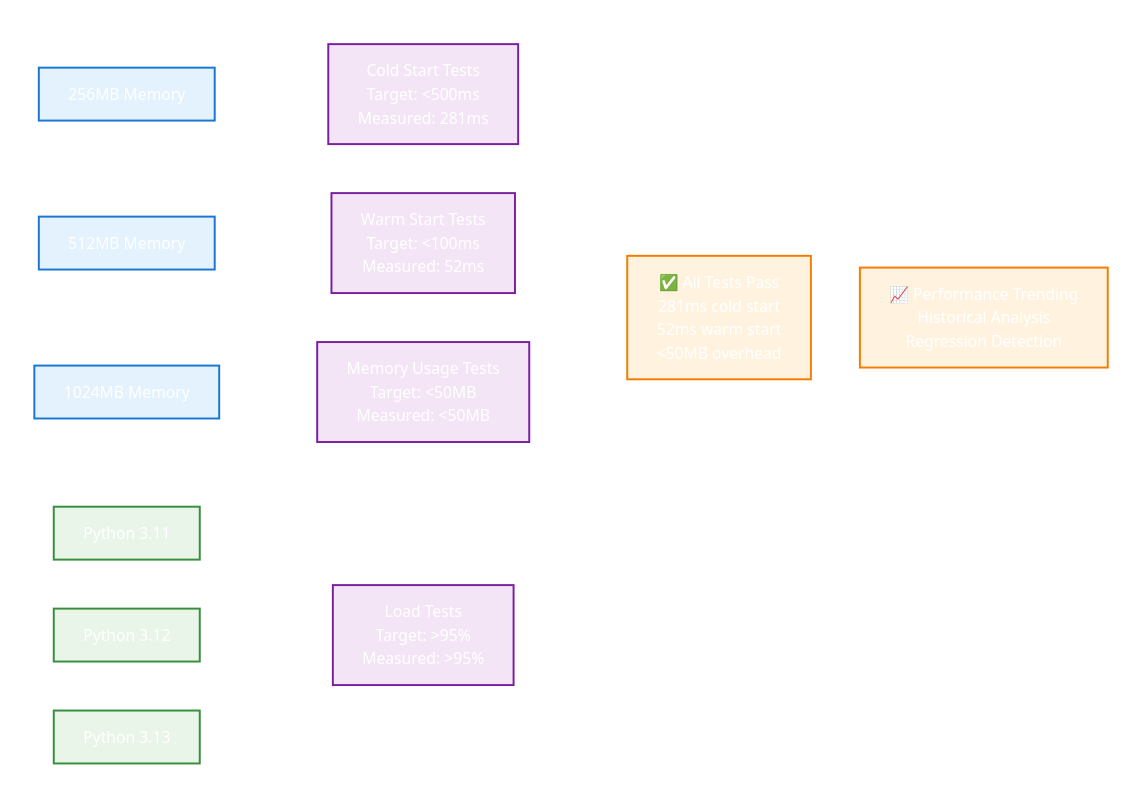
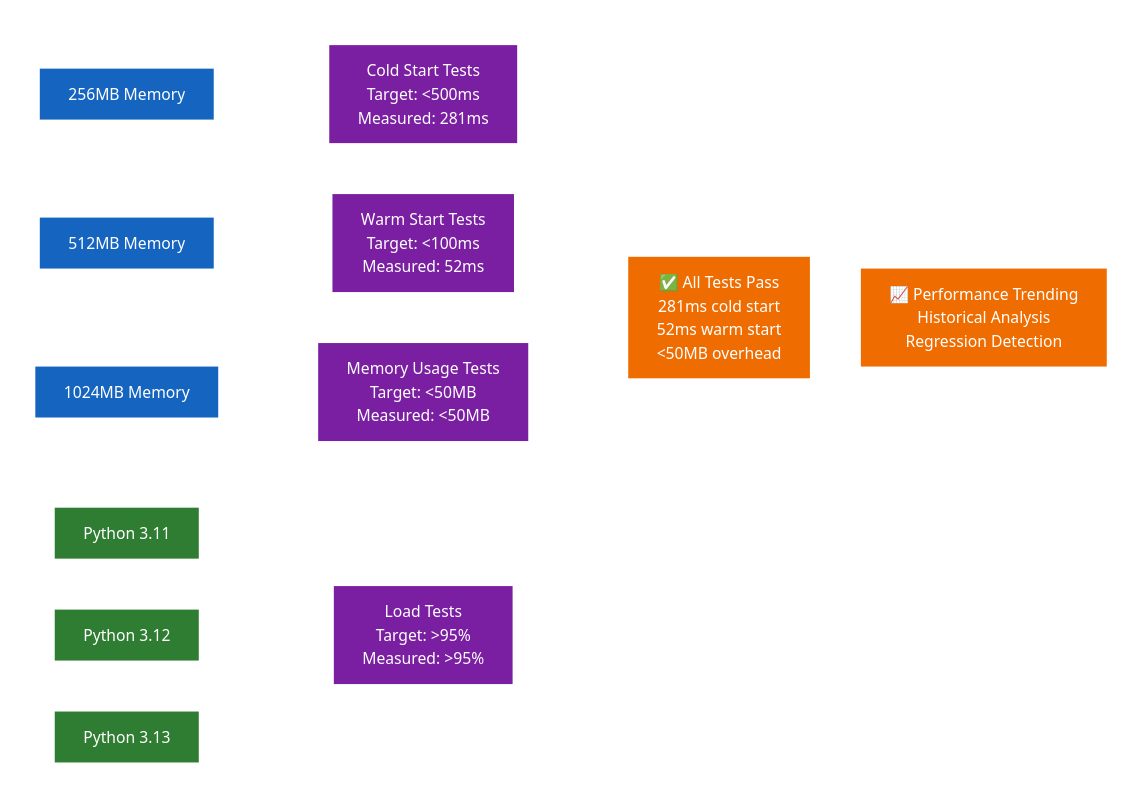
Before and after one commit to honeyhiveai/python-sdk: the third of 5 diagrams in docs/development/testing/lambda-testing.rst, drawn with Mermaid. The commit also changed other lines of this file, not shown here.

First line of the commit message:
fix: Use high-contrast HoneyHive color scheme for Mermaid diagrams

```diff
--- a/docs/development/testing/lambda-testing.rst
+++ b/docs/development/testing/lambda-testing.rst
@@ -610,52 +610,52 @@
 .. mermaid::
 
    %%{init: {'theme':'base', 'themeVariables': {'primaryColor': '#4F81BD', 'primaryTextColor': '#ffffff', 'primaryBorderColor': '#ffffff', 'lineColor': '#ffffff', 'mainBkg': 'transparent', 'secondBkg': 'transparent', 'tertiaryColor': 'transparent', 'clusterBkg': 'transparent', 'clusterBorder': '#ffffff', 'edgeLabelBackground': 'transparent', 'background': 'transparent'}, 'flowchart': {'linkColor': '#ffffff', 'linkWidth': 2}}}%%
    graph LR
        subgraph "Test Configurations"
            M256[256MB Memory]
            M512[512MB Memory]
            M1024[1024MB Memory]
        end
        
        subgraph "Performance Tests"
            COLD[Cold Start Tests<br/>Target: <500ms<br/>Measured: 281ms]
            WARM[Warm Start Tests<br/>Target: <100ms<br/>Measured: 52ms]
            MEM[Memory Usage Tests<br/>Target: <50MB<br/>Measured: <50MB]
            LOAD[Load Tests<br/>Target: >95%<br/>Measured: >95%]
        end
        
        subgraph "Python Versions"
            P311[Python 3.11]
            P312[Python 3.12]
            P313[Python 3.13]
        end
        
        subgraph "Test Results"
            PASS[✅ All Tests Pass<br/>281ms cold start<br/>52ms warm start<br/><50MB overhead]
            TREND[📈 Performance Trending<br/>Historical Analysis<br/>Regression Detection]
        end
        
        M256 --> COLD
        M512 --> WARM
        M1024 --> MEM
        
        P311 --> LOAD
        P312 --> LOAD
        P313 --> LOAD
        
        COLD --> PASS
        WARM --> PASS
        MEM --> PASS
        LOAD --> PASS
        
        PASS --> TREND
        
-       classDef config fill:#e3f2fd,stroke:#1976d2,stroke-width:2px,color:#ffffff
-       classDef test fill:#f3e5f5,stroke:#7b1fa2,stroke-width:2px,color:#ffffff
-       classDef version fill:#e8f5e8,stroke:#388e3c,stroke-width:2px,color:#ffffff
-       classDef result fill:#fff3e0,stroke:#f57c00,stroke-width:2px,color:#ffffff
+       classDef config fill:#1565c0,stroke:#ffffff,stroke-width:2px,color:#ffffff
+       classDef test fill:#7b1fa2,stroke:#ffffff,stroke-width:2px,color:#ffffff
+       classDef version fill:#2e7d32,stroke:#ffffff,stroke-width:2px,color:#ffffff
+       classDef result fill:#ef6c00,stroke:#ffffff,stroke-width:2px,color:#ffffff
        
        class M256,M512,M1024 config
        class COLD,WARM,MEM,LOAD test
        class P311,P312,P313 version
        class PASS,TREND result
```
